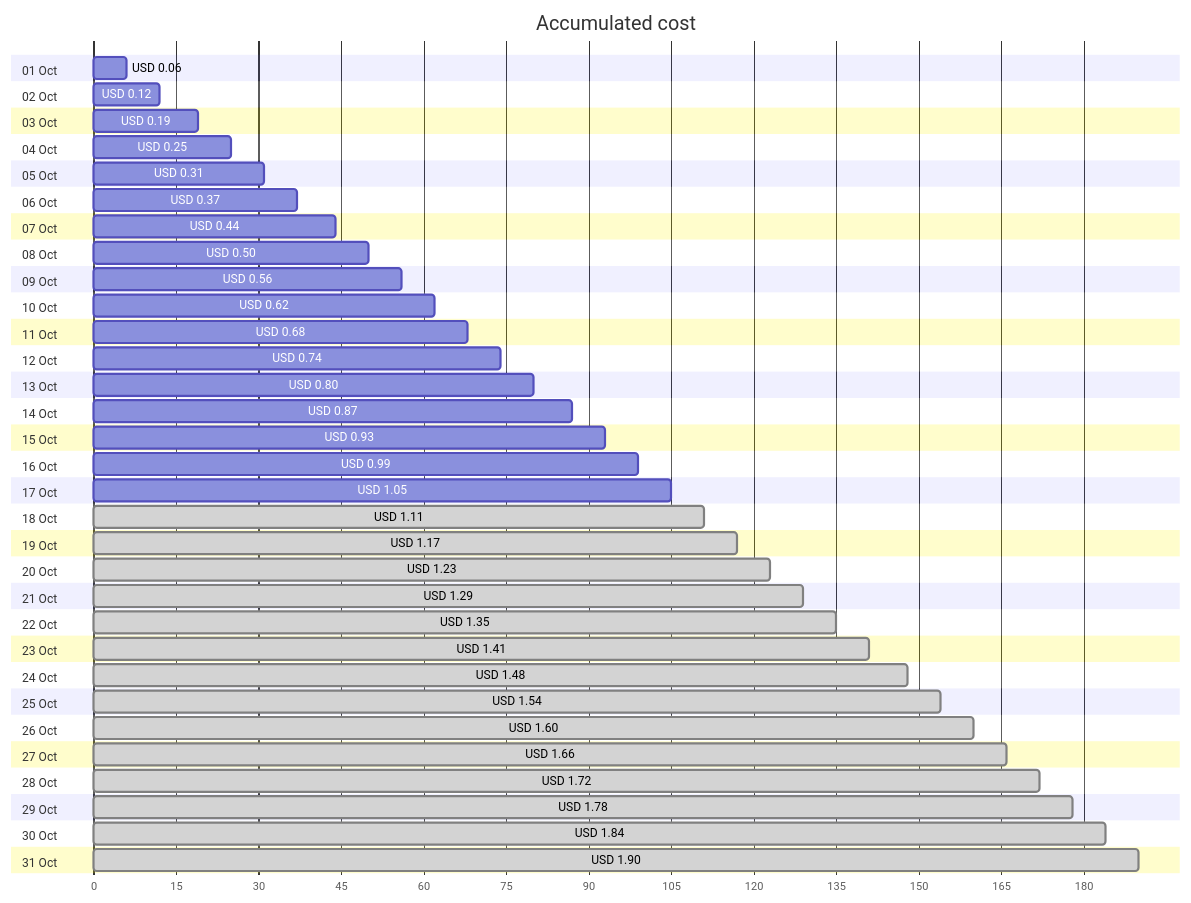
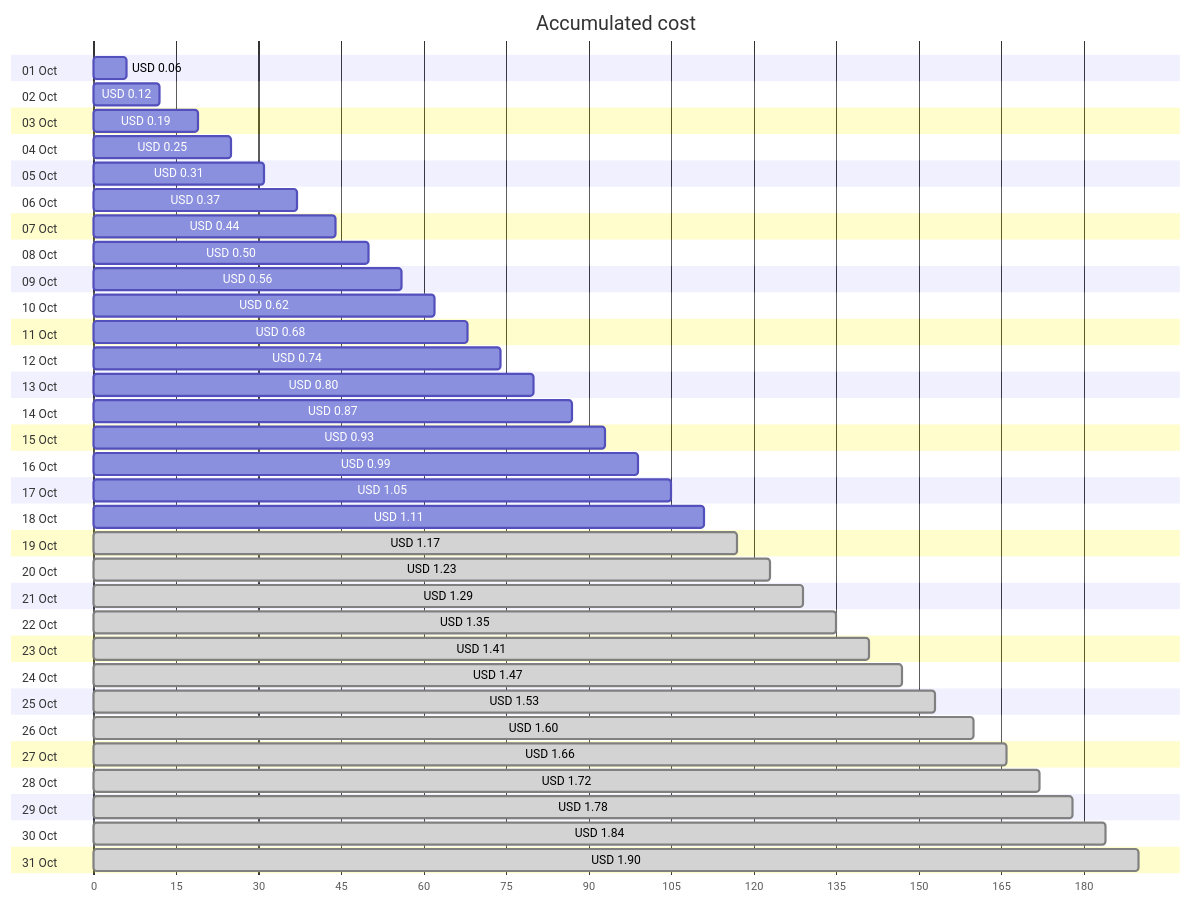
Before and after one commit to jpfulton/azure-personal-reports: the first of 4 diagrams in cost-reports/personal-network/vpn-server_OsDisk.md, drawn with Mermaid. The commit also changed other lines of this file and 8 other files, not shown here.

````diff
--- a/cost-reports/personal-network/vpn-server_OsDisk.md
+++ b/cost-reports/personal-network/vpn-server_OsDisk.md
@@ -20,68 +20,68 @@
 ```mermaid
 gantt
    title Accumulated cost
    dateFormat  X
    axisFormat %s
    section 01 Oct
    USD 0.06 :0, 6
    section 02 Oct
    USD 0.12 :0, 12
    section 03 Oct
    USD 0.19 :0, 19
    section 04 Oct
    USD 0.25 :0, 25
    section 05 Oct
    USD 0.31 :0, 31
    section 06 Oct
    USD 0.37 :0, 37
    section 07 Oct
    USD 0.44 :0, 44
    section 08 Oct
    USD 0.50 :0, 50
    section 09 Oct
    USD 0.56 :0, 56
    section 10 Oct
    USD 0.62 :0, 62
    section 11 Oct
    USD 0.68 :0, 68
    section 12 Oct
    USD 0.74 :0, 74
    section 13 Oct
    USD 0.80 :0, 80
    section 14 Oct
    USD 0.87 :0, 87
    section 15 Oct
    USD 0.93 :0, 93
    section 16 Oct
    USD 0.99 :0, 99
    section 17 Oct
    USD 1.05 :0, 105
    section 18 Oct
-   USD 1.11 : done, 0, 111
+   USD 1.11 :0, 111
    section 19 Oct
    USD 1.17 : done, 0, 117
    section 20 Oct
    USD 1.23 : done, 0, 123
    section 21 Oct
    USD 1.29 : done, 0, 129
    section 22 Oct
    USD 1.35 : done, 0, 135
    section 23 Oct
    USD 1.41 : done, 0, 141
    section 24 Oct
-   USD 1.48 : done, 0, 148
+   USD 1.47 : done, 0, 147
    section 25 Oct
-   USD 1.54 : done, 0, 154
+   USD 1.53 : done, 0, 153
    section 26 Oct
    USD 1.60 : done, 0, 160
    section 27 Oct
    USD 1.66 : done, 0, 166
    section 28 Oct
    USD 1.72 : done, 0, 172
    section 29 Oct
    USD 1.78 : done, 0, 178
    section 30 Oct
    USD 1.84 : done, 0, 184
    section 31 Oct
    USD 1.90 : done, 0, 190
 ```
````
